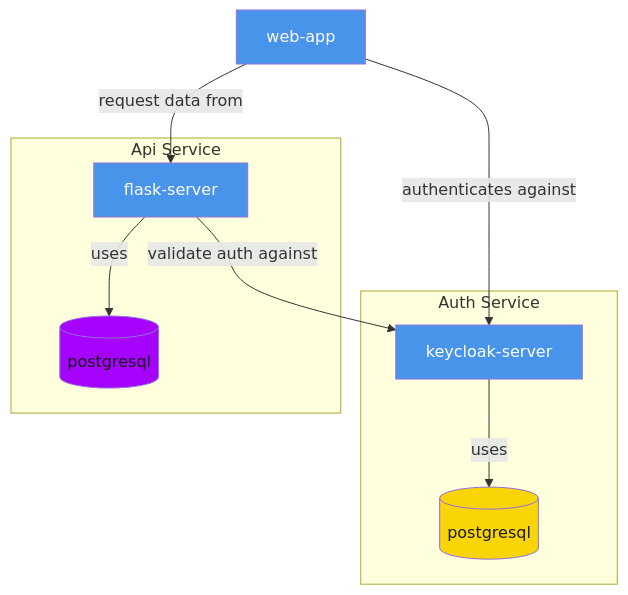
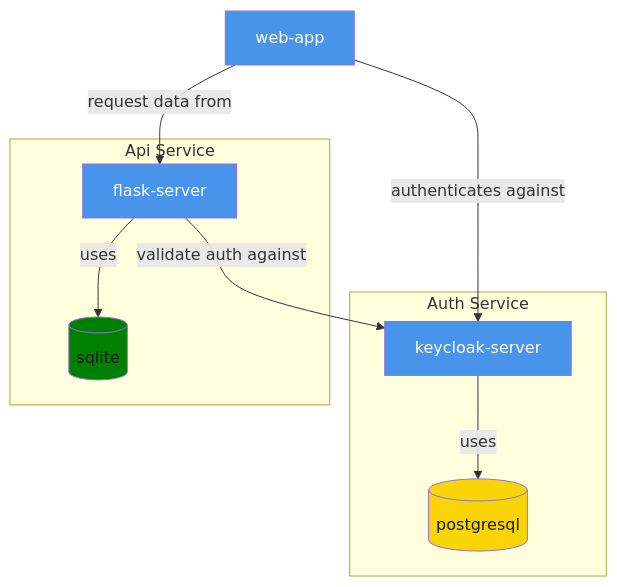
Before and after one commit to darkaico/keycloak-poc: the diagram in README.md, drawn with Mermaid. The commit also changed 13 other files, not shown here.

````diff
--- a/README.md
+++ b/README.md
@@ -11,20 +11,20 @@
 ```mermaid
 flowchart TB
     subgraph  Auth Service
         db[(postgresql)]:::db
         keycloak-server:::is -- uses --> db[(postgresql)]:::db
     end
 
     subgraph  Api Service
         db-api[(postgresql)]:::db-api
-        flask-server:::is -- uses --> db-api[(postgresql)]:::db-api
+        flask-server:::is -- uses --> db-api[(sqlite)]:::db-api
     end
 
     web-app:::is -- authenticates against --> keycloak-server:::is
     web-app:::is -- request data from --> flask-server:::is
     flask-server:::is -- validate auth against --> keycloak-server:::is
 
     classDef is fill:#4994eb, color:#ffffff;
     classDef db fill:#fad505, color:#191919;
-    classDef db-api fill:#a503fc, color:#191919;
+    classDef db-api fill:#008000, color:#191919;
 ```
````
